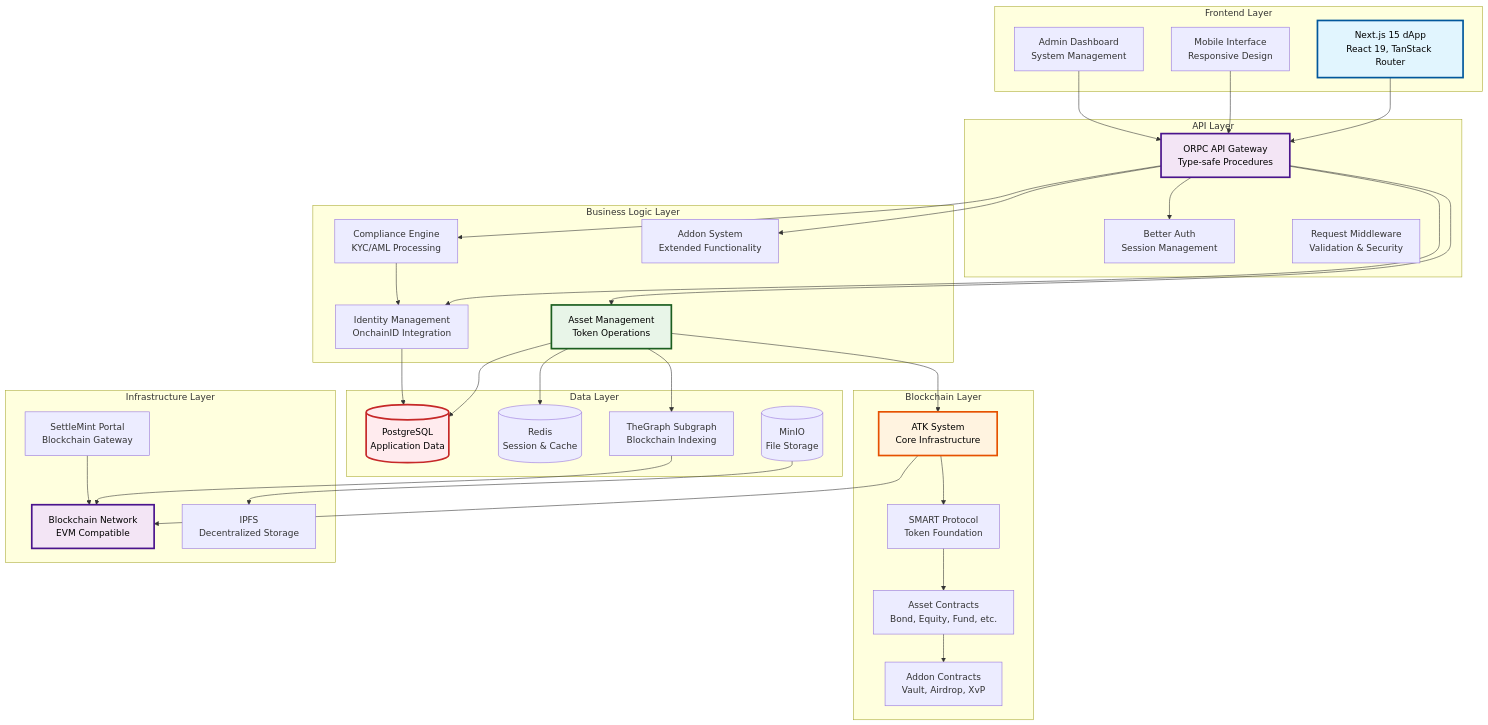
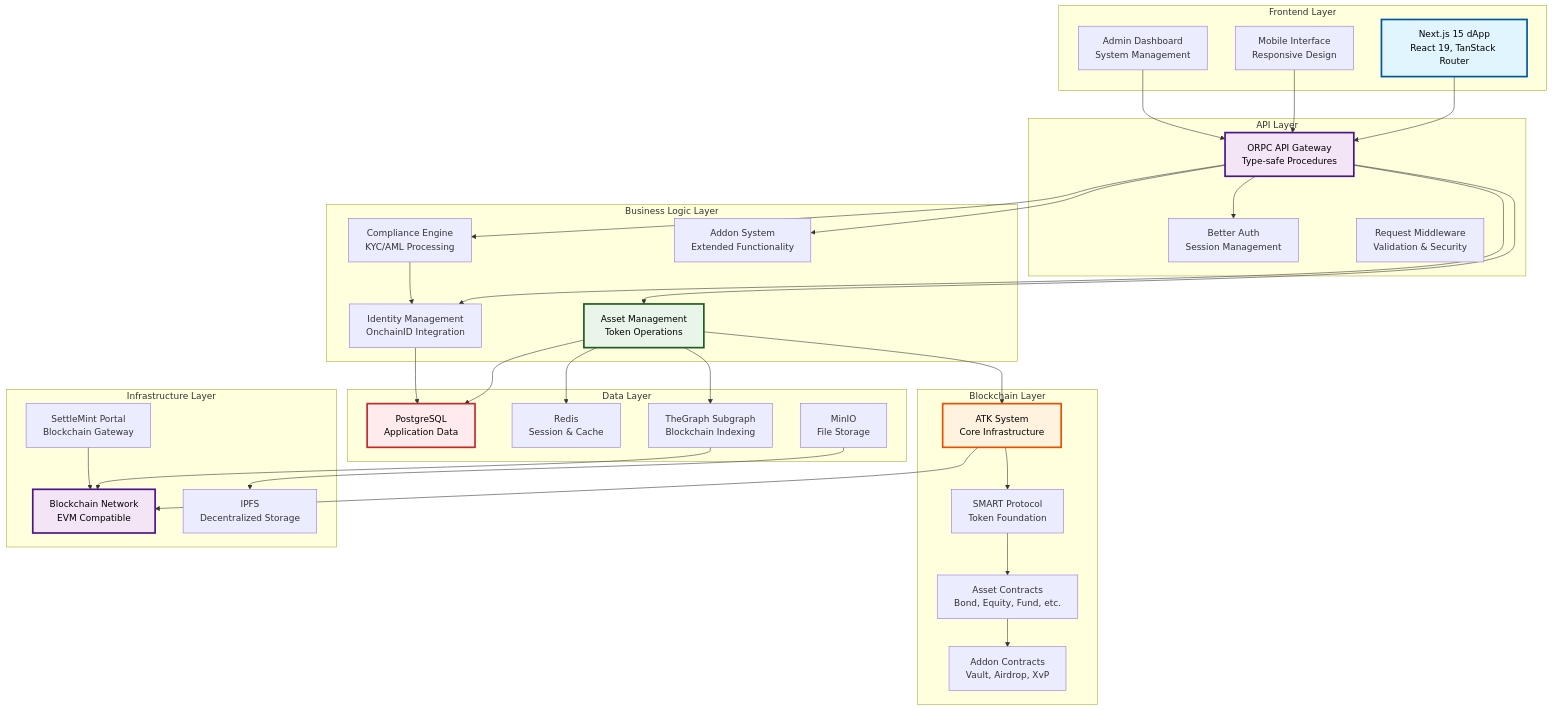
The first of 10 diagrams in kit/docs/content/docs/01-system-overview.md (settlemint/asset-tokenization-kit), drawn with Mermaid before and after one commit. The commit also changed 5 other files, not shown here.

Commit message:
fix: mermaid diagram syntax fixes

````diff
--- a/kit/docs/content/docs/01-system-overview.md
+++ b/kit/docs/content/docs/01-system-overview.md
@@ -29,78 +29,78 @@
 ```mermaid
 graph TB
     subgraph "Frontend Layer"
         UI[Next.js 15 dApp<br/>React 19, TanStack Router]
         Mobile[Mobile Interface<br/>Responsive Design]
         Admin[Admin Dashboard<br/>System Management]
     end
     
     subgraph "API Layer"
         ORPC[ORPC API Gateway<br/>Type-safe Procedures]
         Auth[Better Auth<br/>Session Management]
         Middleware[Request Middleware<br/>Validation & Security]
     end
     
     subgraph "Business Logic Layer"
         AssetMgmt[Asset Management<br/>Token Operations]
         Compliance[Compliance Engine<br/>KYC/AML Processing]
         Identity[Identity Management<br/>OnchainID Integration]
         Addon[Addon System<br/>Extended Functionality]
     end
     
     subgraph "Data Layer"
-        PostgreSQL[(PostgreSQL<br/>Application Data)]
-        Redis[(Redis<br/>Session & Cache)]
-        MinIO[(MinIO<br/>File Storage)]
+        PostgreSQL[PostgreSQL<br/>Application Data]
+        Redis[Redis<br/>Session & Cache]
+        MinIO[MinIO<br/>File Storage]
         Subgraph[TheGraph Subgraph<br/>Blockchain Indexing]
     end
     
     subgraph "Blockchain Layer"
         ATKSystem[ATK System<br/>Core Infrastructure]
         SMART[SMART Protocol<br/>Token Foundation]
         Assets[Asset Contracts<br/>Bond, Equity, Fund, etc.]
         Addons[Addon Contracts<br/>Vault, Airdrop, XvP]
     end
     
     subgraph "Infrastructure Layer"
         Blockchain[Blockchain Network<br/>EVM Compatible]
         IPFS[IPFS<br/>Decentralized Storage]
         Portal[SettleMint Portal<br/>Blockchain Gateway]
     end
     
     %% Connections
     UI --> ORPC
     Mobile --> ORPC
     Admin --> ORPC
     
     ORPC --> Auth
     ORPC --> AssetMgmt
     ORPC --> Compliance
     ORPC --> Identity
     ORPC --> Addon
     
     AssetMgmt --> PostgreSQL
     AssetMgmt --> Redis
     AssetMgmt --> Subgraph
     AssetMgmt --> ATKSystem
     
     Compliance --> Identity
     Identity --> PostgreSQL
     
     ATKSystem --> SMART
     SMART --> Assets
     Assets --> Addons
     
     Subgraph --> Blockchain
     ATKSystem --> Blockchain
     Portal --> Blockchain
     
     MinIO --> IPFS
     
     %% Styling
     style UI fill:#e1f5fe,stroke:#01579b,color:#000000,stroke-width:3px
     style ORPC fill:#f3e5f5,stroke:#4a148c,color:#000000,stroke-width:3px
     style AssetMgmt fill:#e8f5e8,stroke:#1b5e20,color:#000000,stroke-width:3px
     style ATKSystem fill:#fff3e0,stroke:#e65100,color:#000000,stroke-width:3px
     style PostgreSQL fill:#ffebee,stroke:#c62828,color:#000000,stroke-width:3px
     style Blockchain fill:#f3e5f5,stroke:#4a148c,color:#000000,stroke-width:3px
 ```
````
